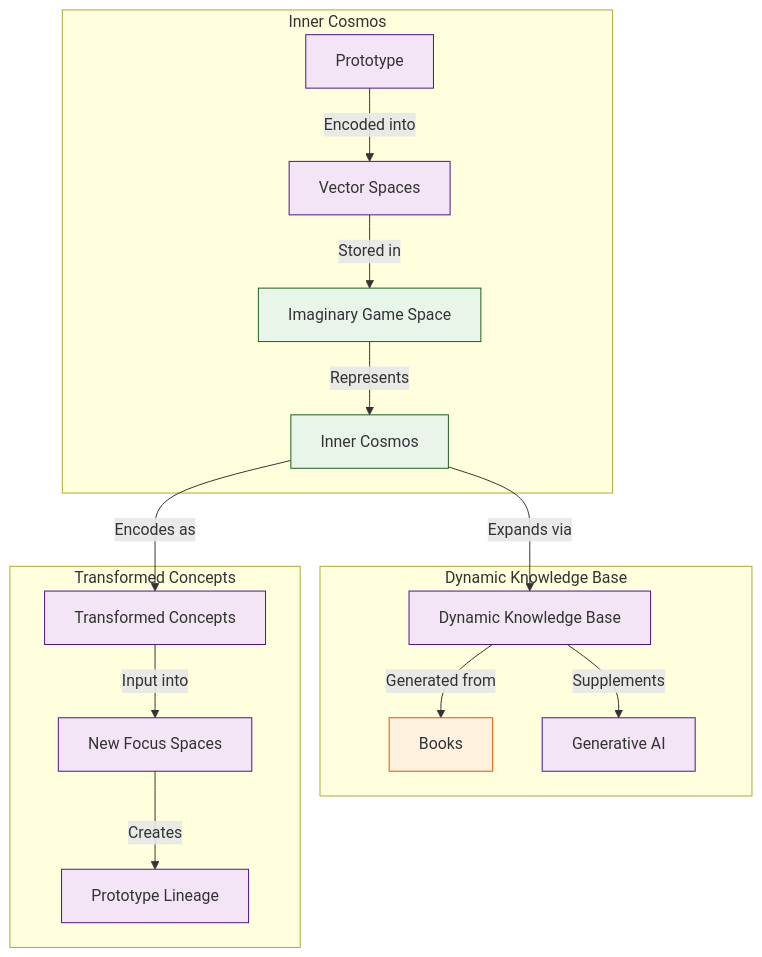
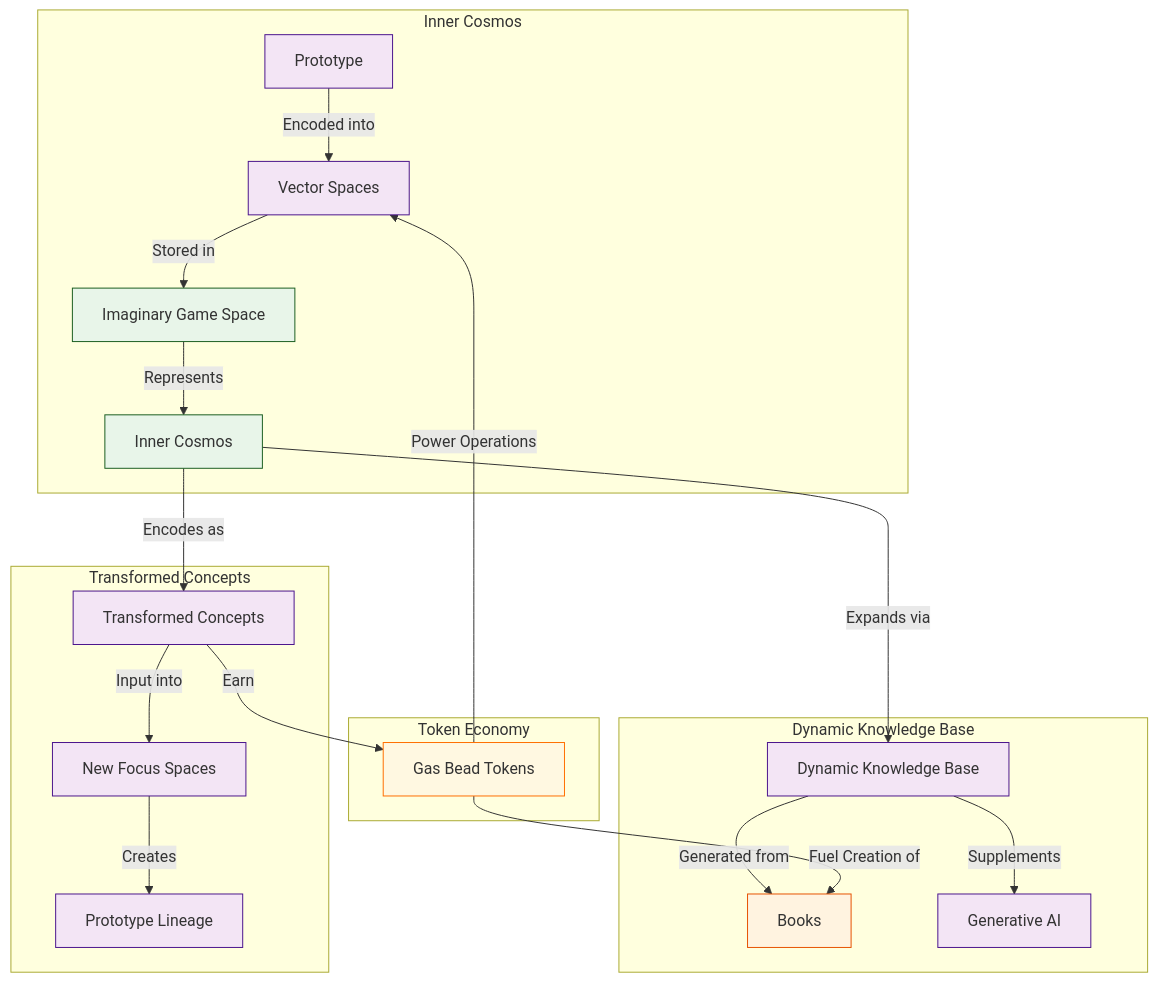
Before and after one commit to heavyblotto/memorativa: the second of 2 diagrams in docs/2. the cybernetic system/memorativa-2-2-the-core-game.md, drawn with Mermaid. The commit also changed other lines of this file and 16 other files, not shown here.

````diff
--- a/docs/2. the cybernetic system/memorativa-2-2-the-core-game.md
+++ b/docs/2. the cybernetic system/memorativa-2-2-the-core-game.md
@@ -84,41 +115,51 @@
 ```mermaid
 graph TD
     PR[Prototype] --> |Encoded into| VS[Vector Spaces]
     VS --> |Stored in| IGS[Imaginary Game Space]
     IGS --> |Represents| IC[Inner Cosmos]
 
     IC --> |Expands via| DKB[Dynamic Knowledge Base]
     DKB --> |Generated from| B[Books]
     DKB --> |Supplements| AI[Generative AI]
 
     IC --> |Encodes as| TC[Transformed Concepts]
     TC --> |Input into| NFS[New Focus Spaces]
     NFS --> |Creates| LPR[Prototype Lineage]
-
+    
+    GBT[Gas Bead Tokens] --> |Power Operations| VS
+    GBT --> |Fuel Creation of| B
+    TC --> |Earn| GBT
+    
     subgraph "Inner Cosmos"
         PR
         VS
         IGS
         IC
     end
 
     subgraph "Dynamic Knowledge Base"
         DKB
         B
         AI
     end
 
     subgraph "Transformed Concepts"
         TC
         NFS
         LPR
     end
+    
+    subgraph "Token Economy"
+        GBT
+    end
 
     classDef process fill:#f3e5f5,stroke:#4a148c
     classDef space fill:#e8f5e9,stroke:#1b5e20
     classDef output fill:#fff3e0,stroke:#e65100
+    classDef token fill:#fff8e1,stroke:#ff6f00
 
     class PR,VS,DKB,AI,TC,NFS,LPR process
     class IGS,IC space
     class B output
+    class GBT token
 ```
````
